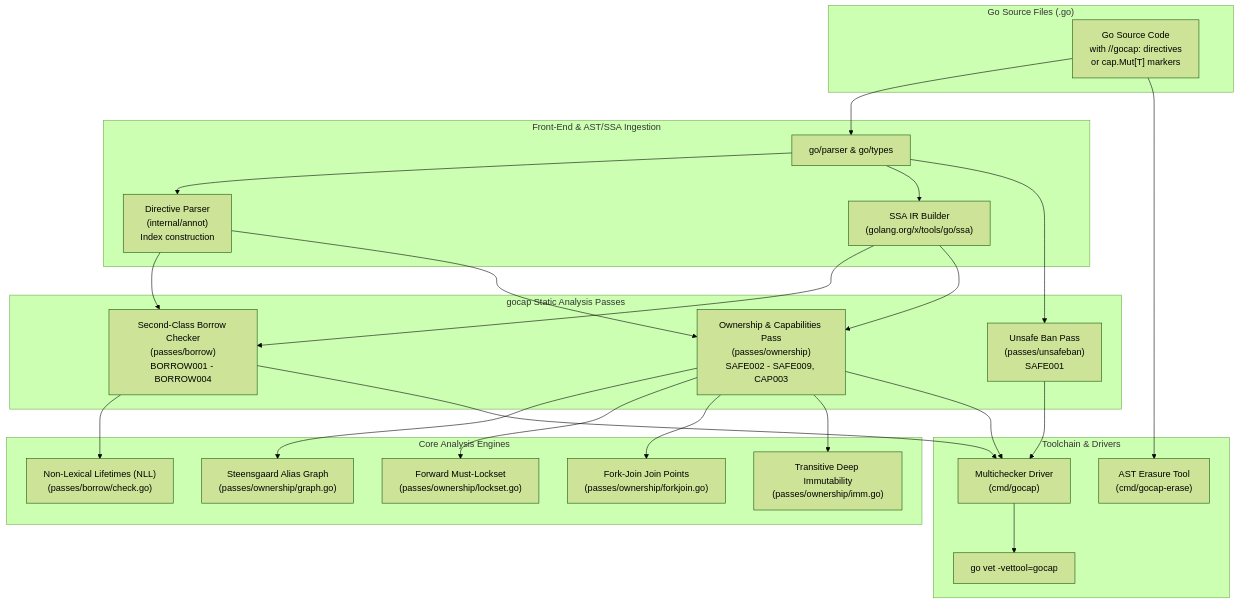
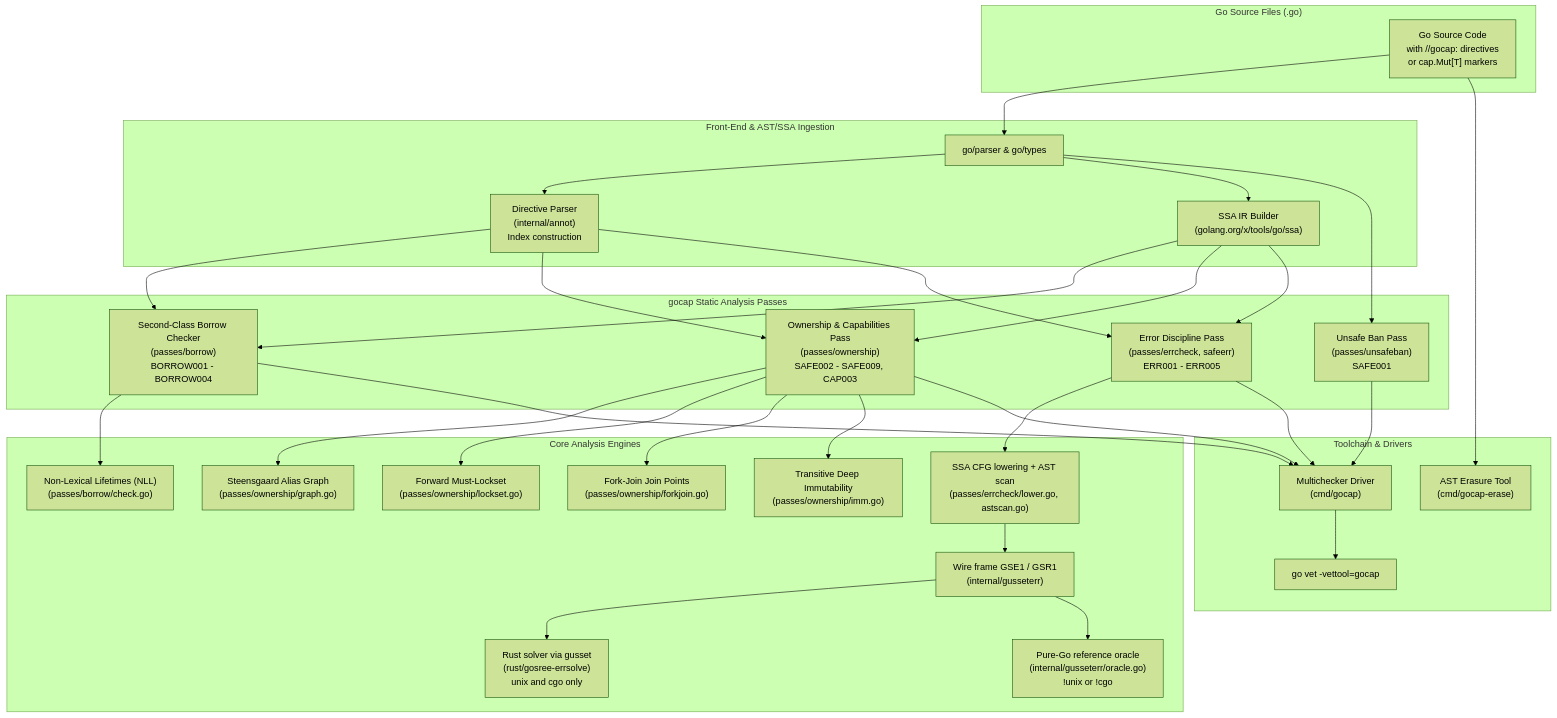
One commit to bharathvbcr/GoSree changed the first of 9 diagrams in docs/ARCHITECTURE.md. Above: the diagram before and after it, drawn with Mermaid (forest theme). The commit also changed other lines of this file and 96 other files, not shown here.

First line of the commit message:
Add error-discipline pass, Rust solver over gusset, gocap preflight; refresh docs

````diff
--- a/docs/ARCHITECTURE.md
+++ b/docs/ARCHITECTURE.md
@@ -17,53 +17,65 @@
 ```mermaid
 flowchart TD
     subgraph Input ["Go Source Files (.go)"]
         Src["Go Source Code\nwith //gocap: directives\nor cap.Mut[T] markers"]
     end
 
     subgraph FrontEnd ["Front-End & AST/SSA Ingestion"]
         Parser["go/parser & go/types"]
         Annot["Directive Parser\n(internal/annot)\nIndex construction"]
         SSA["SSA IR Builder\n(golang.org/x/tools/go/ssa)"]
     end
 
     subgraph Passes ["gocap Static Analysis Passes"]
         UnsafeBan["Unsafe Ban Pass\n(passes/unsafeban)\nSAFE001"]
         Borrow["Second-Class Borrow Checker\n(passes/borrow)\nBORROW001 - BORROW004"]
         Ownership["Ownership & Capabilities Pass\n(passes/ownership)\nSAFE002 - SAFE009, CAP003"]
+        ErrCheck["Error Discipline Pass\n(passes/errcheck, safeerr)\nERR001 - ERR005"]
     end
 
     subgraph CoreEngines ["Core Analysis Engines"]
         Steensgaard["Steensgaard Alias Graph\n(passes/ownership/graph.go)"]
         NLL["Non-Lexical Lifetimes (NLL)\n(passes/borrow/check.go)"]
         Locksets["Forward Must-Lockset\n(passes/ownership/lockset.go)"]
         ForkJoin["Fork-Join Join Points\n(passes/ownership/forkjoin.go)"]
         ImmValidator["Transitive Deep Immutability\n(passes/ownership/imm.go)"]
+        Lower["SSA CFG lowering + AST scan\n(passes/errcheck/lower.go, astscan.go)"]
+        Bridge["Wire frame GSE1 / GSR1\n(internal/gusseterr)"]
+        RustEngine["Rust solver via gusset\n(rust/gosree-errsolve)\nunix and cgo only"]
+        GoOracle["Pure-Go reference oracle\n(internal/gusseterr/oracle.go)\n!unix or !cgo"]
     end
 
     subgraph Tooling ["Toolchain & Drivers"]
         Driver["Multichecker Driver\n(cmd/gocap)"]
         Eraser["AST Erasure Tool\n(cmd/gocap-erase)"]
         Vet["go vet -vettool=gocap"]
     end
 
     Src --> Parser
     Parser --> Annot
     Parser --> SSA
     Annot --> Borrow
     Annot --> Ownership
     SSA --> Borrow
     SSA --> Ownership
     Parser --> UnsafeBan
+    Annot --> ErrCheck
+    SSA --> ErrCheck
 
     Borrow --> NLL
     Ownership --> Steensgaard
     Ownership --> Locksets
     Ownership --> ForkJoin
     Ownership --> ImmValidator
+    ErrCheck --> Lower
+    Lower --> Bridge
+    Bridge --> RustEngine
+    Bridge --> GoOracle
 
     UnsafeBan --> Driver
     Borrow --> Driver
     Ownership --> Driver
+    ErrCheck --> Driver
     Driver --> Vet
     Src --> Eraser
 ```
````
